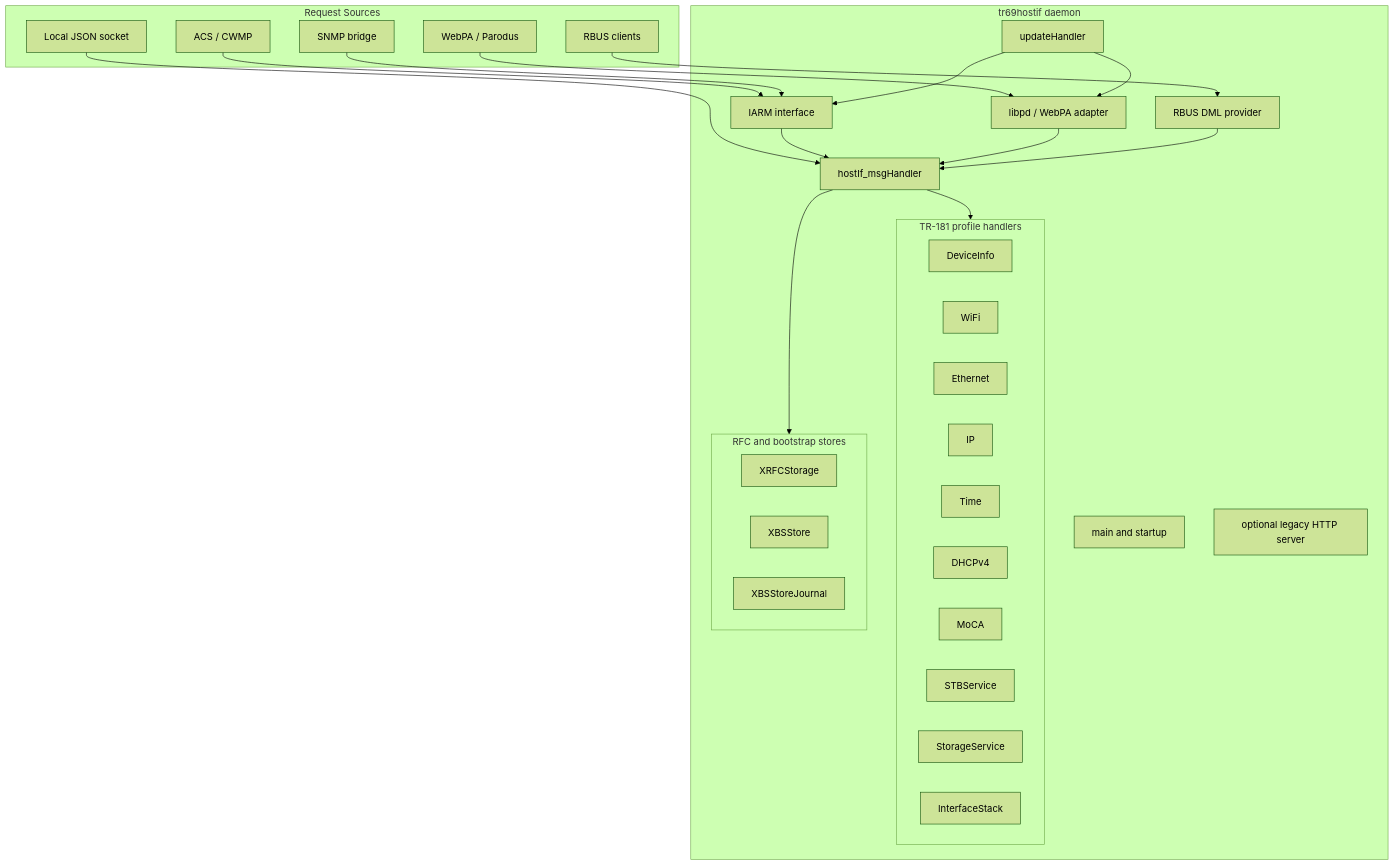
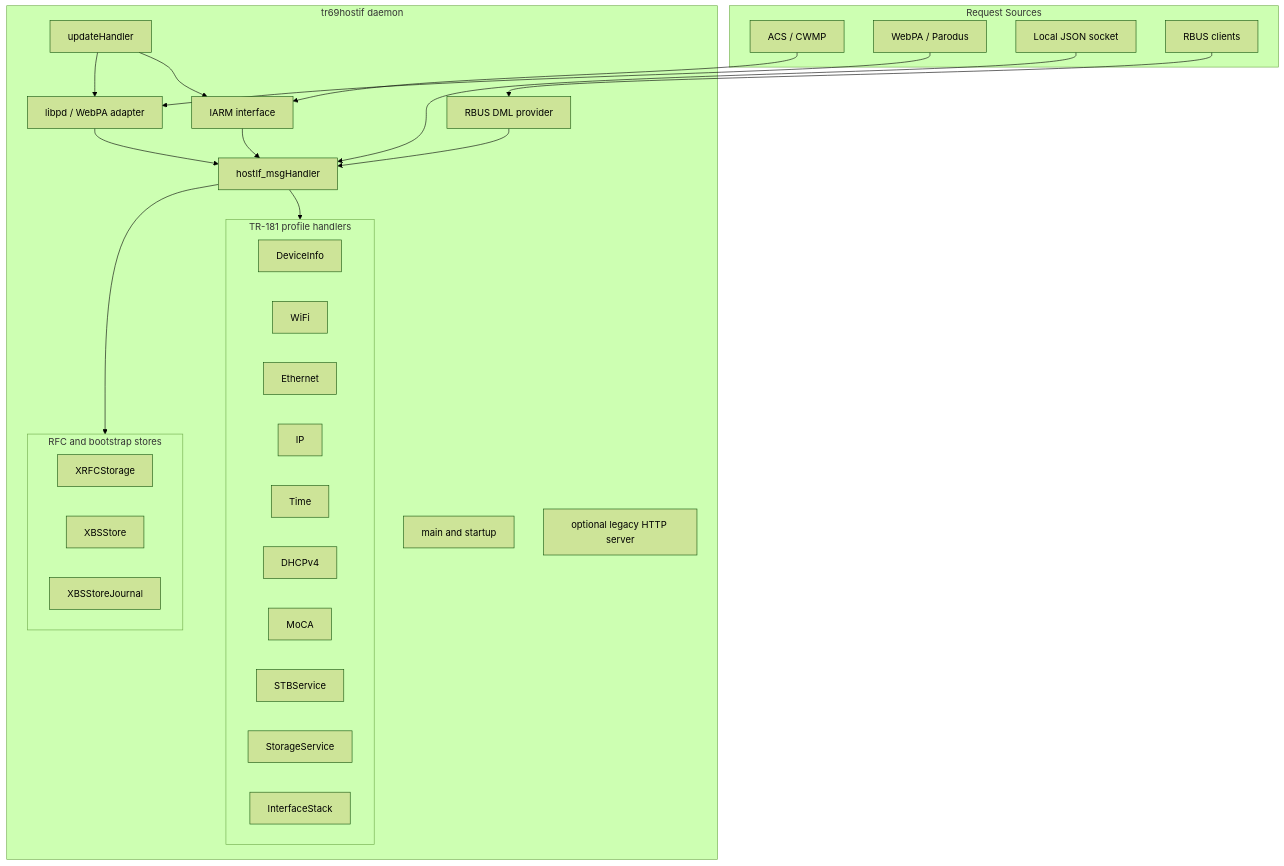
Before and after one commit to rdkcentral/tr69hostif: the first of 2 diagrams in docs/architecture/overview.md, drawn with Mermaid (forest theme). The commit also changed other lines of this file and 29 other files, not shown here.

````diff
--- a/docs/architecture/overview.md
+++ b/docs/architecture/overview.md
@@ -11,53 +11,51 @@
 ```mermaid
 graph TB
     subgraph Callers[Request Sources]
         ACS[ACS / CWMP]
         WEBPA[WebPA / Parodus]
         JSON[Local JSON socket]
         RBUS[RBUS clients]
-        SNMP[SNMP bridge]
     end
 
     subgraph Core[tr69hostif daemon]
         MAIN[main and startup]
         IARM[IARM interface]
         DISPATCH[hostIf_msgHandler]
         UPDATE[updateHandler]
         PARODUS[libpd / WebPA adapter]
         HTTP[optional legacy HTTP server]
         RBUSDML[RBUS DML provider]
 
         subgraph Profiles[TR-181 profile handlers]
             DEVICEINFO[DeviceInfo]
             WIFI[WiFi]
             ETHERNET[Ethernet]
             IP[IP]
             TIME[Time]
             DHCP[DHCPv4]
             MOCA[MoCA]
             STBSVC[STBService]
             STORAGE[StorageService]
             IFSTACK[InterfaceStack]
         end
 
         subgraph Stores[RFC and bootstrap stores]
             RFC[XRFCStorage]
             BS[XBSStore]
             JOURNAL[XBSStoreJournal]
         end
     end
 
     ACS --> IARM
     WEBPA --> PARODUS
     JSON --> DISPATCH
     RBUS --> RBUSDML
-    SNMP --> IARM
 
     IARM --> DISPATCH
     PARODUS --> DISPATCH
     RBUSDML --> DISPATCH
     DISPATCH --> Profiles
     DISPATCH --> Stores
     UPDATE --> IARM
     UPDATE --> PARODUS
 ```
````
